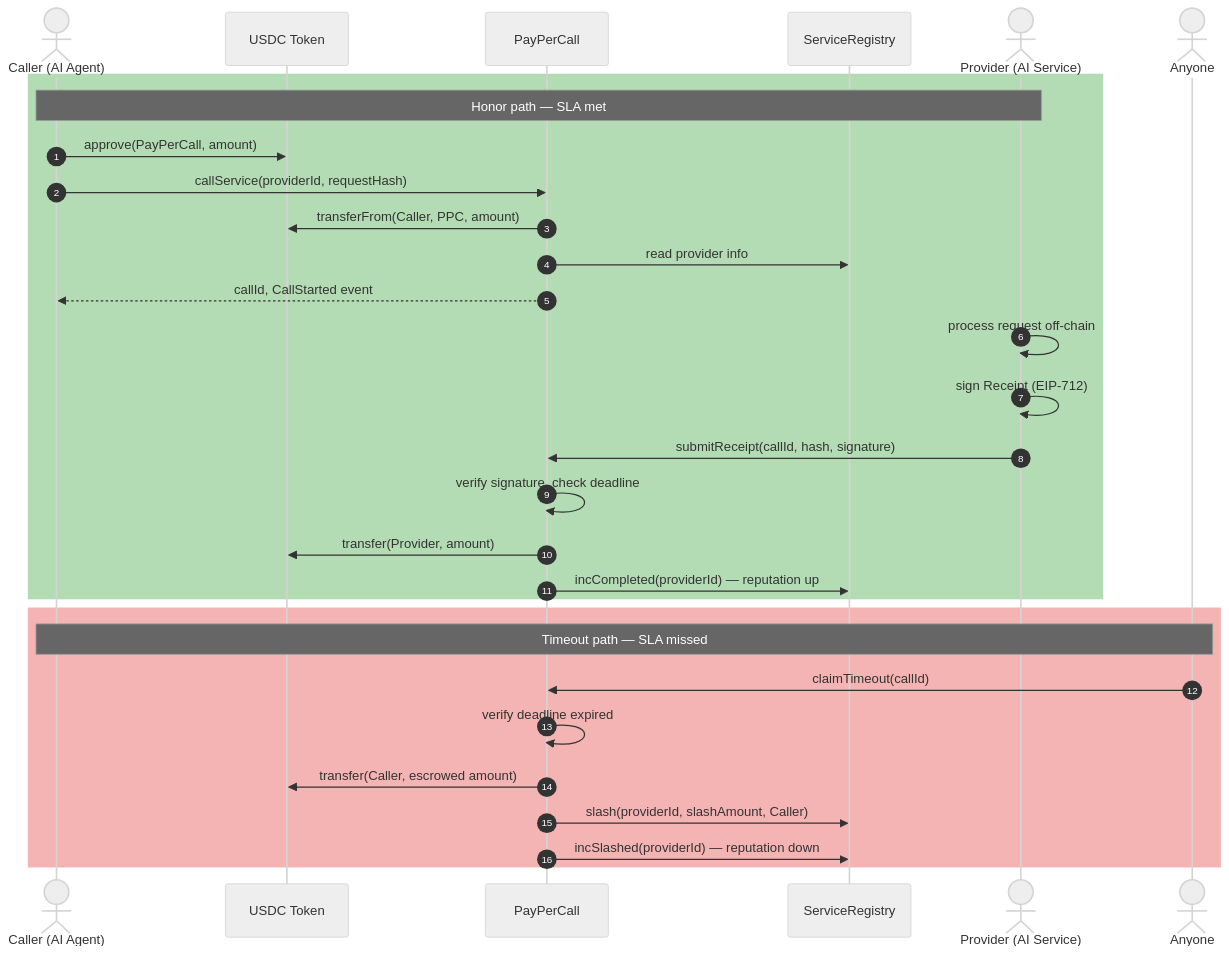
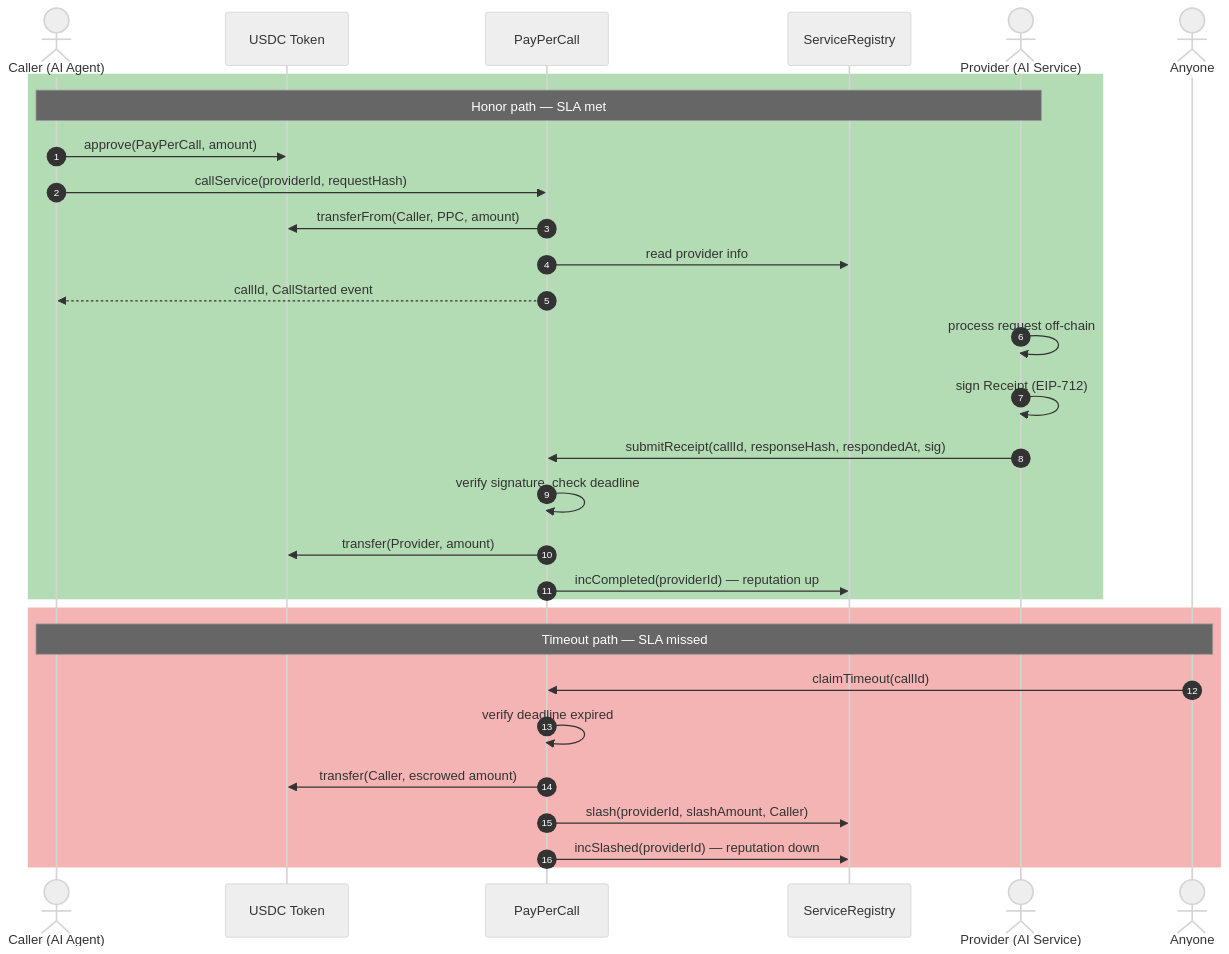
One commit to muazzezwq/CallGuard changed the diagram in README.md. Above: the diagram before and after it, drawn with Mermaid. The commit also changed other lines of this file, not shown here.

````diff
--- a/README.md
+++ b/README.md
@@ -75,39 +77,39 @@
 ```mermaid
 %%{init: {'theme':'neutral'}}%%
 sequenceDiagram
     autonumber
     actor Caller as Caller (AI Agent)
     participant USDC as USDC Token
     participant PPC as PayPerCall
     participant SR as ServiceRegistry
     actor Provider as Provider (AI Service)
     actor Anyone as Anyone
 
     rect rgb(180, 220, 180)
     Note over Caller,Provider: Honor path — SLA met
 
     Caller->>USDC: approve(PayPerCall, amount)
     Caller->>PPC: callService(providerId, requestHash)
     PPC->>USDC: transferFrom(Caller, PPC, amount)
     PPC->>SR: read provider info
     PPC-->>Caller: callId, CallStarted event
 
     Provider->>Provider: process request off-chain
     Provider->>Provider: sign Receipt (EIP-712)
 
-    Provider->>PPC: submitReceipt(callId, hash, signature)
+    Provider->>PPC: submitReceipt(callId, responseHash, respondedAt, sig)
     PPC->>PPC: verify signature, check deadline
     PPC->>USDC: transfer(Provider, amount)
     PPC->>SR: incCompleted(providerId) — reputation up
     end
 
     rect rgb(245, 180, 180)
     Note over Caller,Anyone: Timeout path — SLA missed
 
     Anyone->>PPC: claimTimeout(callId)
     PPC->>PPC: verify deadline expired
     PPC->>USDC: transfer(Caller, escrowed amount)
     PPC->>SR: slash(providerId, slashAmount, Caller)
     PPC->>SR: incSlashed(providerId) — reputation down
     end
 ```
````
